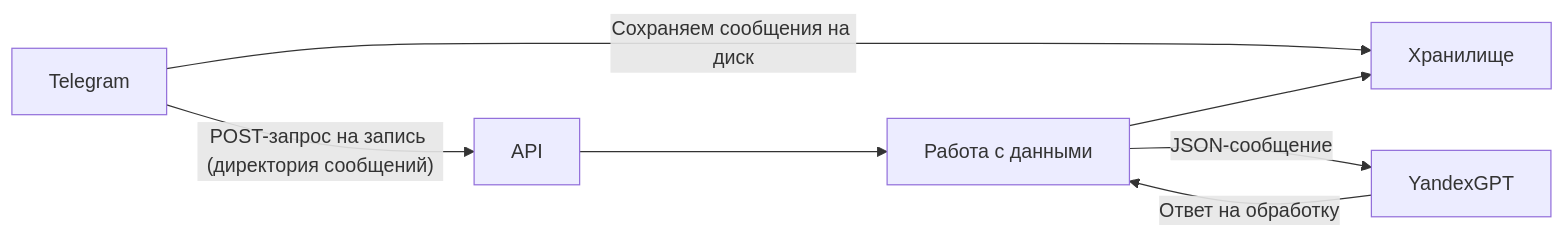
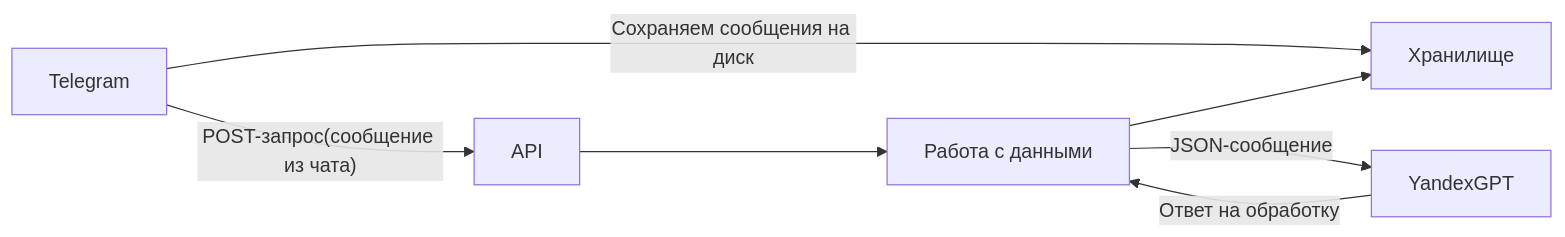
One commit to Matik01/agro-hack changed the diagram in README.md. Above: the diagram before and after it, drawn with Mermaid.

````diff
--- a/README.md
+++ b/README.md
@@ -11,9 +11,9 @@
 ```mermaid
 flowchart LR
-    A[Telegram] -- POST-запрос на запись (директория сообщений) --> B[API]
+    A[Telegram] -- POST-запрос(сообщение из чата) --> B[API]
     A -- Сохраняем сообщения на диск --> D[Хранилище]
     B --> C[Работа с данными]
     C --> D
     C -- JSON-сообщение --> E[YandexGPT]
     E -- Ответ на обработку --> C
 ```
````
